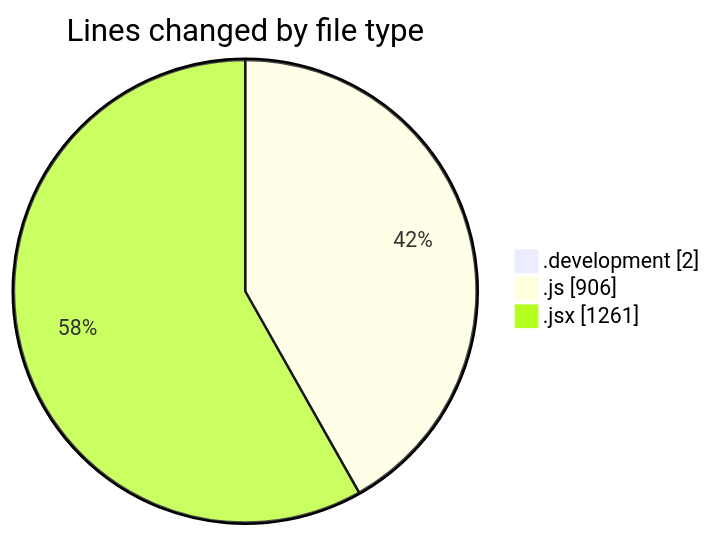
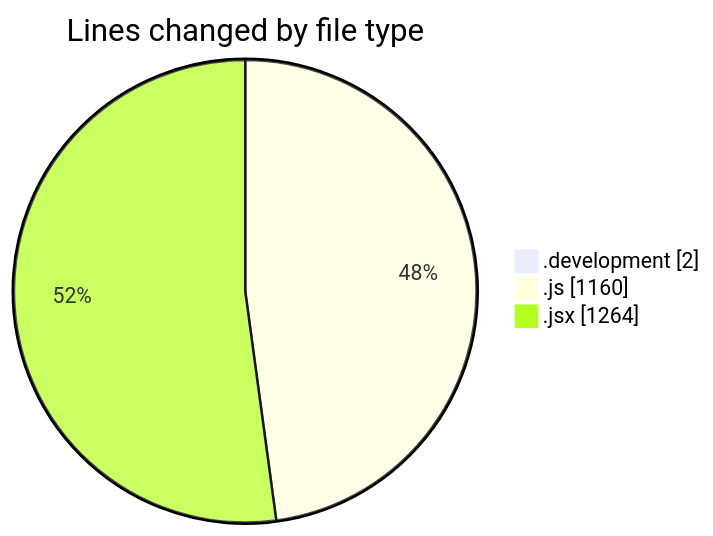
The first of 2 diagrams in 2025-11-10/nxtqube_webapp/README.md (nxtqubesakshisongat/code-tracking), drawn with Mermaid before and after one commit. The commit also changed other lines of this file and 1 other file, not shown here.

````diff
--- a/2025-11-10/nxtqube_webapp/README.md
+++ b/2025-11-10/nxtqube_webapp/README.md
@@ -29,7 +29,7 @@
 ```mermaid
 pie showData
 title Lines changed by file type
 ".development" : 2
-".js" : 906
-".jsx" : 1261
+".js" : 1160
+".jsx" : 1264
 ```
````
